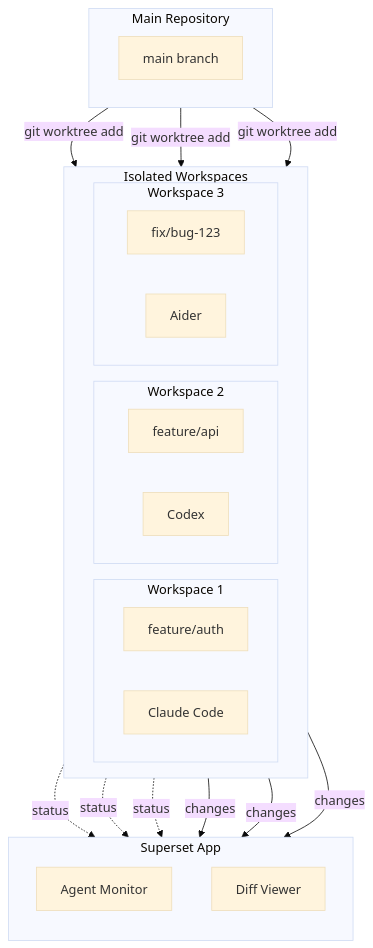
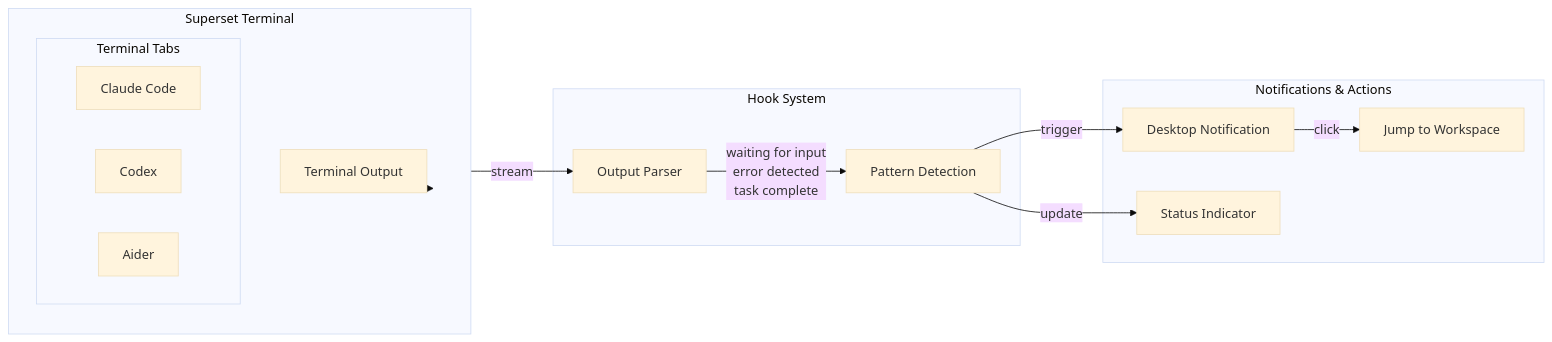
Before and after one commit to superset-sh/superset: the diagram in README.md, drawn with Mermaid (base theme).

Commit message:
docs: replace architecture diagram with terminal/hooks diagram

````diff
--- a/README.md
+++ b/README.md
@@ -120,40 +120,30 @@
 ```mermaid
-flowchart TB
-    subgraph Superset["Superset App"]
+flowchart LR
+    subgraph Terminal["Superset Terminal"]
         direction TB
-        Monitor["Agent Monitor"]
-        Diff["Diff Viewer"]
+        subgraph Tabs["Terminal Tabs"]
+            Tab1["Claude Code"]
+            Tab2["Codex"]
+            Tab3["Aider"]
+        end
+        Output["Terminal Output"]
     end
 
-    subgraph Main["Main Repository"]
-        MainBranch["main branch"]
+    subgraph Hooks["Hook System"]
+        Parser["Output Parser"]
+        Detect["Pattern Detection"]
     end
 
-    subgraph Workspaces["Isolated Workspaces"]
-        direction LR
-        subgraph WS1["Workspace 1"]
-            Branch1["feature/auth"]
-            Agent1["Claude Code"]
-        end
-        subgraph WS2["Workspace 2"]
-            Branch2["feature/api"]
-            Agent2["Codex"]
-        end
-        subgraph WS3["Workspace 3"]
-            Branch3["fix/bug-123"]
-            Agent3["Aider"]
-        end
+    subgraph Actions["Notifications & Actions"]
+        Notify["Desktop Notification"]
+        Status["Status Indicator"]
+        Jump["Jump to Workspace"]
     end
 
-    Main -->|"git worktree add"| WS1
-    Main -->|"git worktree add"| WS2
-    Main -->|"git worktree add"| WS3
-
-    Agent1 -.->|status| Monitor
-    Agent2 -.->|status| Monitor
-    Agent3 -.->|status| Monitor
-
-    WS1 -->|changes| Diff
-    WS2 -->|changes| Diff
-    WS3 -->|changes| Diff
+    Terminal --> Output
+    Output -->|stream| Parser
+    Parser -->|"waiting for input\nerror detected\ntask complete"| Detect
+    Detect -->|trigger| Notify
+    Detect -->|update| Status
+    Notify -->|click| Jump
 ```
````
